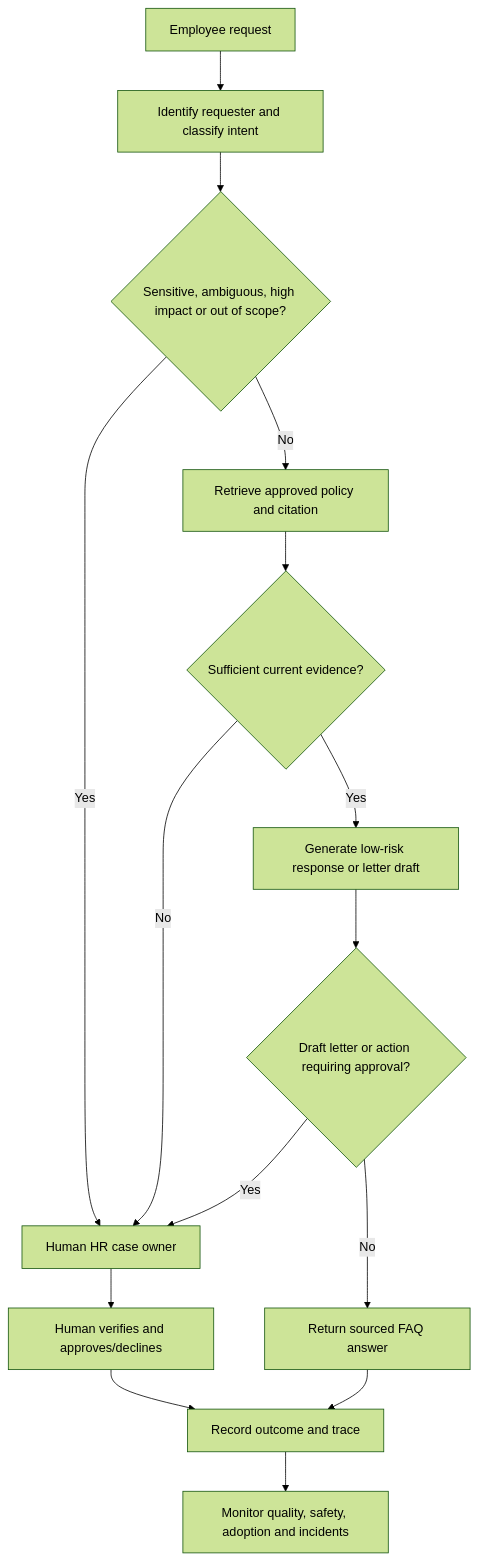
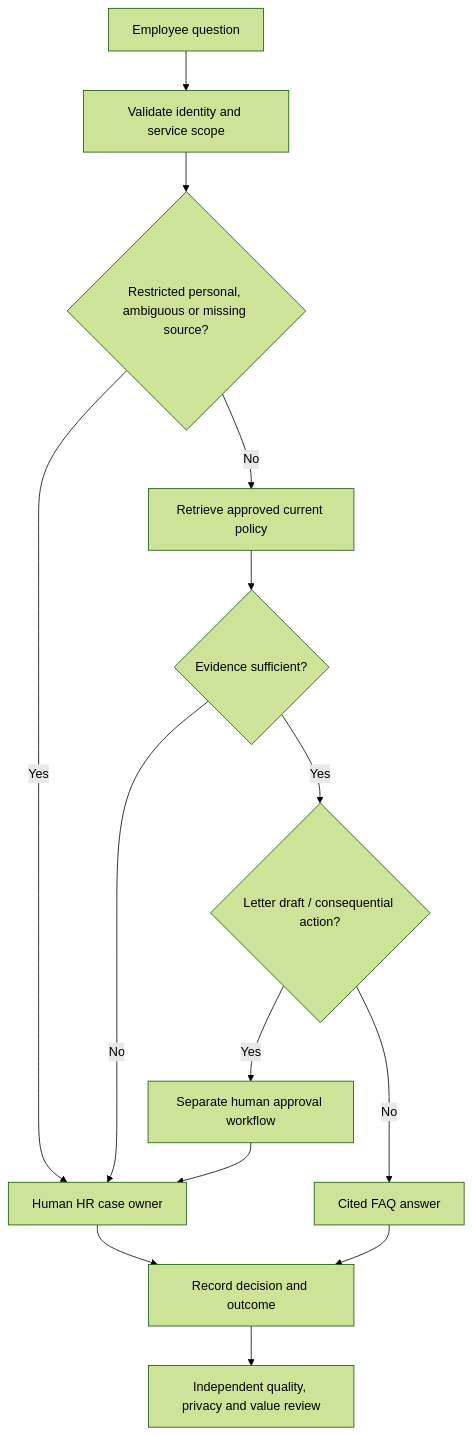
One commit to bircanuzan/AI-in-HR-Portfolio changed the diagram in 42_Human-AI_Workforce_Design_and_Agent_Governance/CASE_STUDY.md. Above: the diagram before and after it, drawn with Mermaid (forest theme). The commit also changed other lines of this file and 17 other files, not shown here.

````diff
--- a/42_Human-AI_Workforce_Design_and_Agent_Governance/CASE_STUDY.md
+++ b/42_Human-AI_Workforce_Design_and_Agent_Governance/CASE_STUDY.md
@@ -18,17 +15,16 @@
 ```mermaid
 flowchart TD
-  A[Employee request] --> B[Identify requester and classify intent]
-  B --> C{Sensitive, ambiguous, high impact or out of scope?}
-  C -- Yes --> H[Human HR case owner]
-  C -- No --> D[Retrieve approved policy and citation]
-  D --> E{Sufficient current evidence?}
-  E -- No --> H
-  E -- Yes --> F[Generate low-risk response or letter draft]
-  F --> G{Draft letter or action requiring approval?}
-  G -- Yes --> H
-  G -- No --> I[Return sourced FAQ answer]
-  H --> J[Human verifies and approves/declines]
-  I --> K[Record outcome and trace]
-  J --> K
-  K --> L[Monitor quality, safety, adoption and incidents]
+A[Employee question] --> B[Validate identity and service scope]
+B --> C{Restricted personal, ambiguous or missing source?}
+C -->|Yes| H[Human HR case owner]
+C -->|No| D[Retrieve approved current policy]
+D --> E{Evidence sufficient?}
+E -->|No| H
+E -->|Yes| F{Letter draft / consequential action?}
+F -->|Yes| G[Separate human approval workflow]
+F -->|No| I[Cited FAQ answer]
+G --> H
+H --> J[Record decision and outcome]
+I --> J
+J --> K[Independent quality, privacy and value review]
 ```
````
